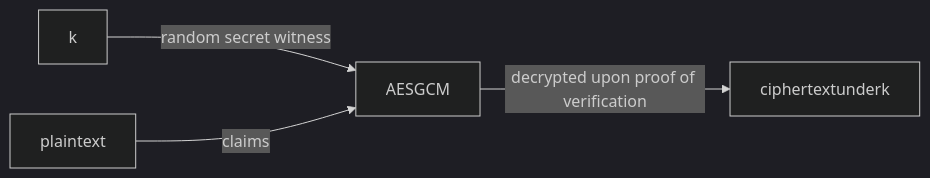
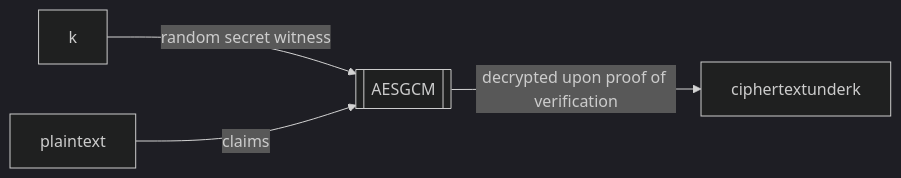
The second of 2 diagrams in README.md (rfielding/whiskeyTango), drawn with Mermaid (dark theme) before and after one commit.

Commit message:
update diagram

````diff
--- a/README.md
+++ b/README.md
@@ -94,6 +94,7 @@
 ```mermaid
 flowchart LR
+  AESGCM[[AESGCM]]
   k-- random secret witness -->AESGCM
   plaintext-- claims -->AESGCM
   AESGCM-- decrypted upon proof of verification -->ciphertextunderk
 ```
````
